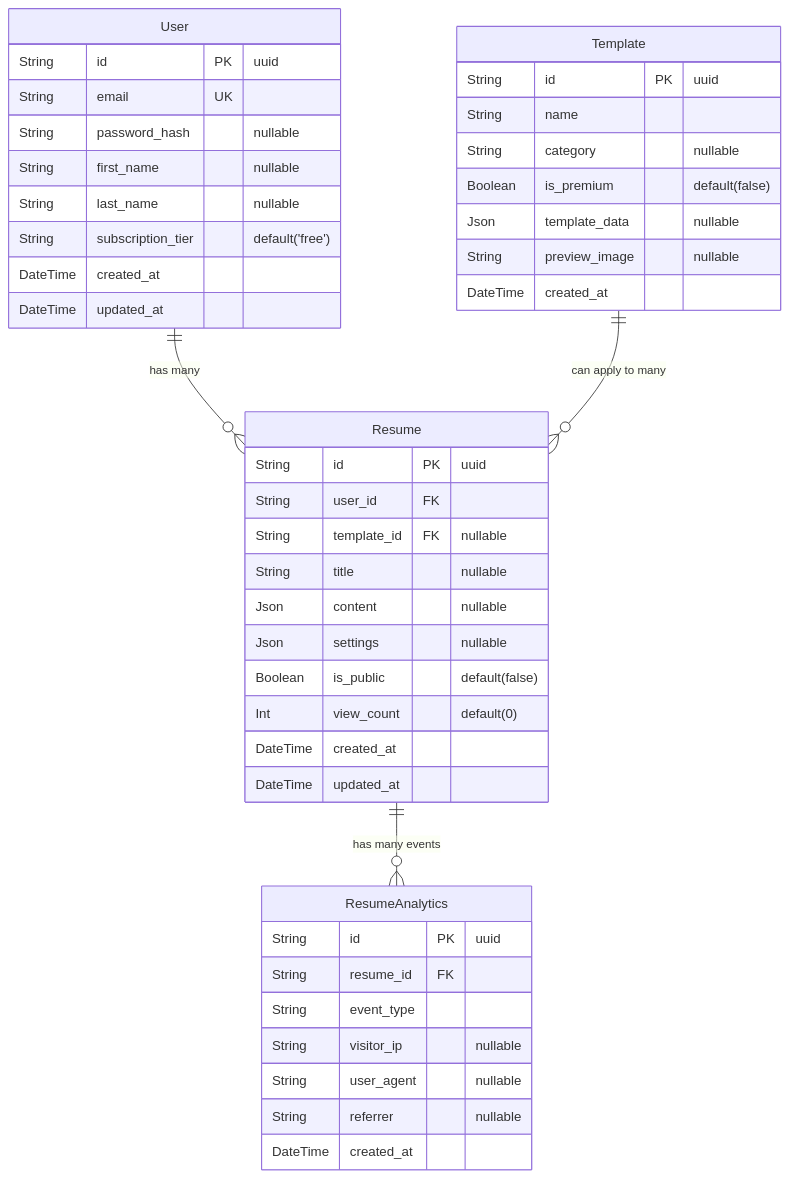
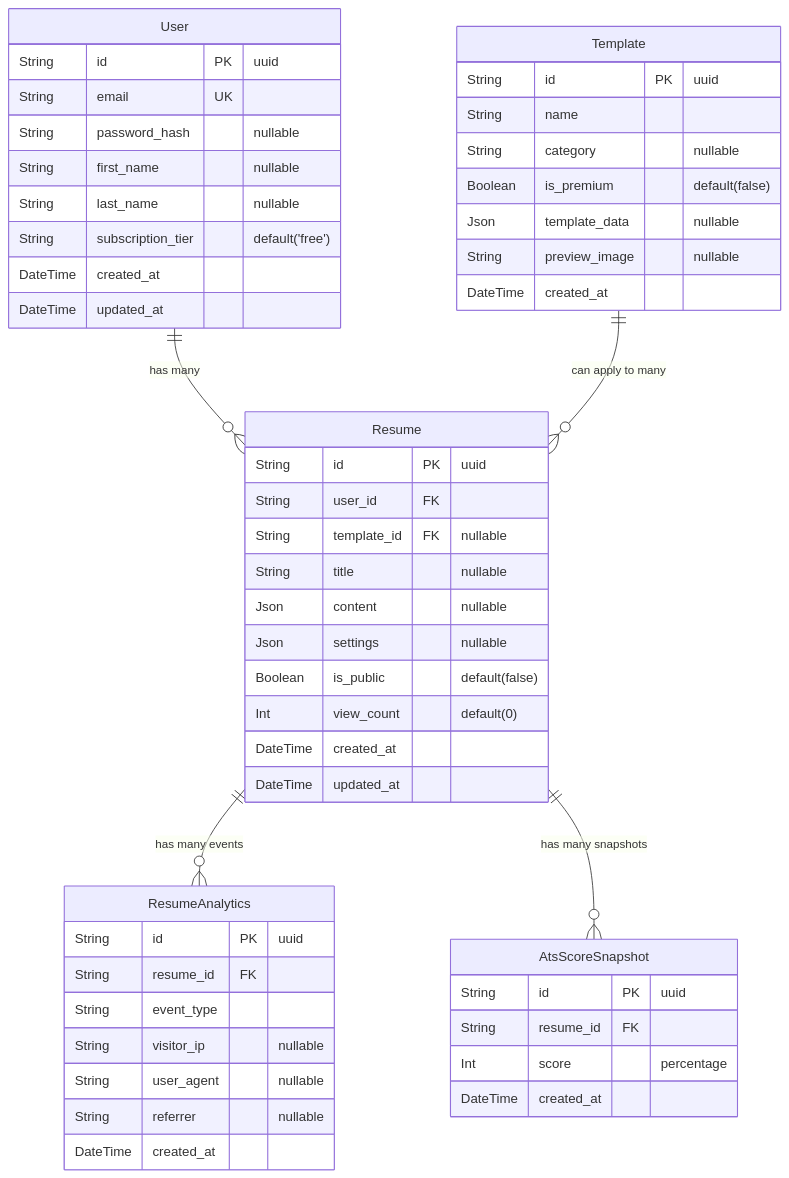
Before and after one commit to moss101/Cvleap3: the diagram in docs/erd/US003_resume_analytics.erd.md, drawn with Mermaid. The commit also changed 8 other files, not shown here.

First line of the commit message:
feat(analytics): Define backend architecture for US004 ATS Score Trend

````diff
--- a/docs/erd/US003_resume_analytics.erd.md
+++ b/docs/erd/US003_resume_analytics.erd.md
@@ -1,53 +1,61 @@
 ```mermaid
 erDiagram
     User {
         String id PK "uuid"
         String email UK
         String password_hash "nullable"
         String first_name "nullable"
         String last_name "nullable"
         String subscription_tier "default('free')"
         DateTime created_at
         DateTime updated_at
     }
 
     Resume {
         String id PK "uuid"
         String user_id FK
         String template_id FK "nullable"
         String title "nullable"
         Json content "nullable"
         Json settings "nullable"
         Boolean is_public "default(false)"
         Int view_count "default(0)"
         DateTime created_at
         DateTime updated_at
     }
 
     Template {
         String id PK "uuid"
         String name
         String category "nullable"
         Boolean is_premium "default(false)"
         Json template_data "nullable"
         String preview_image "nullable"
         DateTime created_at
     }
 
     ResumeAnalytics {
         String id PK "uuid"
         String resume_id FK
         String event_type
         String visitor_ip "nullable"
         String user_agent "nullable"
         String referrer "nullable"
         DateTime created_at
     }
 
     User ||--o{ Resume : "has many"
     Template ||--o{ Resume : "can apply to many"
     Resume ||--o{ ResumeAnalytics : "has many events"
+    Resume ||--o{ AtsScoreSnapshot : "has many snapshots"
 
-    %% Note: AiContentCache is omitted as per focus on resume analytics for US003
+    AtsScoreSnapshot {
+        String id PK "uuid"
+        String resume_id FK
+        Int score "percentage"
+        DateTime created_at
+    }
+
+    %% Note: AiContentCache is omitted as per focus on resume analytics for US003 & US004
     %% but it exists in the schema.prisma.
 ```
````
